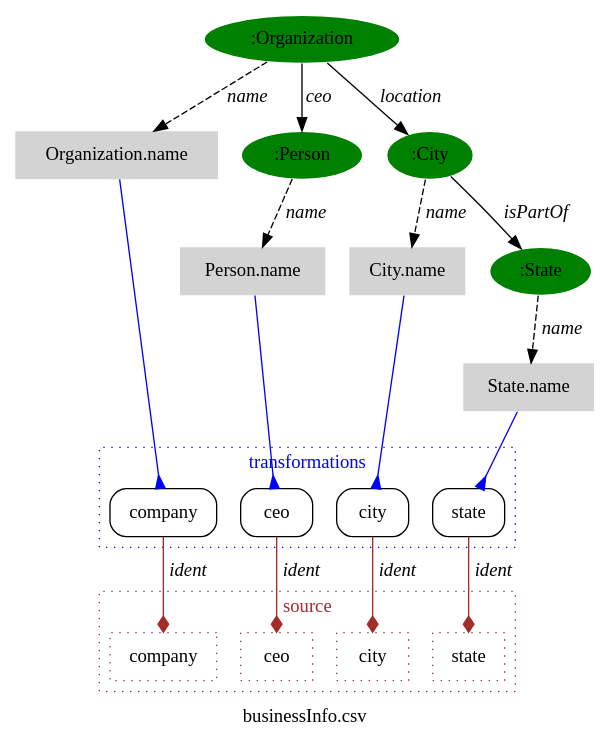
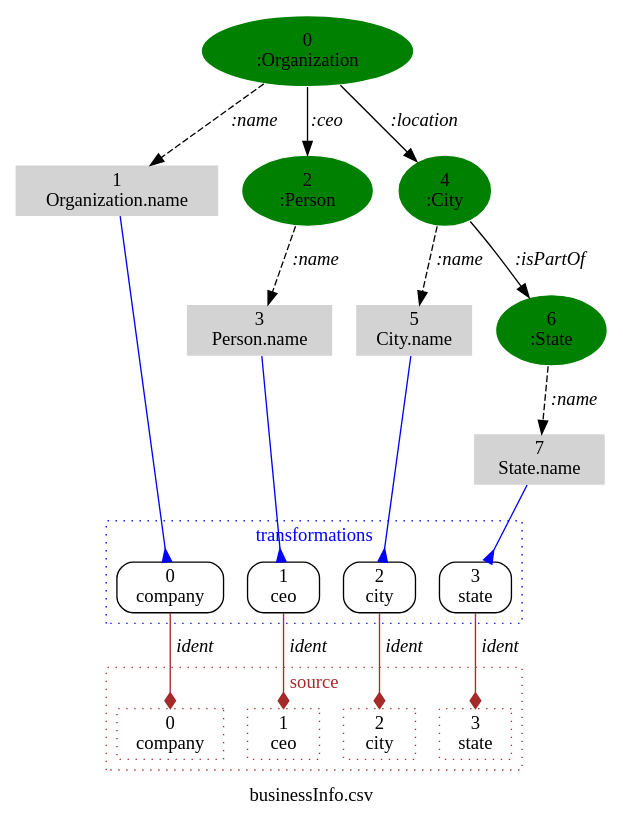
One commit to NICTA/serene-python-client changed the diagram in data/ssd_graphviz/businessInfo.ssd.dot. Above: the diagram before and after it, drawn with Graphviz. The commit also changed 14 other files, not shown here.

```diff
--- a/data/ssd_graphviz/businessInfo.ssd.dot
+++ b/data/ssd_graphviz/businessInfo.ssd.dot
@@ -1,141 +1,157 @@
 digraph  {
 	graph [fontname="times:bold",
 		label="businessInfo.csv",
 		overlap=False,
 		remincross=true,
 		splines=true
 	];
 	node [label="\N"];
 	subgraph cluster1 {
 		graph [color=brown,
 			fontcolor=brown,
 			fontname=times,
 			label=source,
 			rank=same,
 			style=dotted
 		];
 		8		 [color=brown,
-			label=company,
+			label="0
+company",
 			shape=box,
 			style=dotted];
 		9		 [color=brown,
-			label=ceo,
+			label="1
+ceo",
 			shape=box,
 			style=dotted];
 		10		 [color=brown,
-			label=city,
+			label="2
+city",
 			shape=box,
 			style=dotted];
 		11		 [color=brown,
-			label=state,
+			label="3
+state",
 			shape=box,
 			style=dotted];
 	}
 	subgraph cluster2 {
 		graph [color=blue,
 			fontcolor=blue,
 			fontname=times,
 			label=transformations,
 			rank=same,
 			style=dotted
 		];
-		12		 [label=company,
+		12		 [label="0
+company",
 			shape=box,
 			style=rounded];
-		13		 [label=ceo,
+		13		 [label="1
+ceo",
 			shape=box,
 			style=rounded];
-		14		 [label=city,
+		14		 [label="2
+city",
 			shape=box,
 			style=rounded];
-		15		 [label=state,
+		15		 [label="3
+state",
 			shape=box,
 			style=rounded];
 	}
 	0	 [color=white,
 		fillcolor=green,
-		label=":Organization",
+		label="0
+:Organization",
 		shape=ellipse,
 		style=filled];
 	1	 [color=white,
 		fillcolor=lightgrey,
-		label="Organization.name",
+		label="1
+Organization.name",
 		shape=plaintext,
 		style=filled];
 	0 -> 1	 [fontname="times-italic",
-		label=name,
+		label=":name",
 		style=dashed];
 	2	 [color=white,
 		fillcolor=green,
-		label=":Person",
+		label="2
+:Person",
 		shape=ellipse,
 		style=filled];
 	0 -> 2	 [fontname="times-italic",
-		label=ceo];
+		label=":ceo"];
 	4	 [color=white,
 		fillcolor=green,
-		label=":City",
+		label="4
+:City",
 		shape=ellipse,
 		style=filled];
 	0 -> 4	 [fontname="times-italic",
-		label=location];
+		label=":location"];
 	1 -> 12	 [arrowhead=inv,
 		arrowtail=inv,
 		color=blue];
 	3	 [color=white,
 		fillcolor=lightgrey,
-		label="Person.name",
+		label="3
+Person.name",
 		shape=plaintext,
 		style=filled];
 	2 -> 3	 [fontname="times-italic",
-		label=name,
+		label=":name",
 		style=dashed];
 	3 -> 13	 [arrowhead=inv,
 		arrowtail=inv,
 		color=blue];
 	5	 [color=white,
 		fillcolor=lightgrey,
-		label="City.name",
+		label="5
+City.name",
 		shape=plaintext,
 		style=filled];
 	4 -> 5	 [fontname="times-italic",
-		label=name,
+		label=":name",
 		style=dashed];
 	6	 [color=white,
 		fillcolor=green,
-		label=":State",
+		label="6
+:State",
 		shape=ellipse,
 		style=filled];
 	4 -> 6	 [fontname="times-italic",
-		label=isPartOf];
+		label=":isPartOf"];
 	5 -> 14	 [arrowhead=inv,
 		arrowtail=inv,
 		color=blue];
 	7	 [color=white,
 		fillcolor=lightgrey,
-		label="State.name",
+		label="7
+State.name",
 		shape=plaintext,
 		style=filled];
 	6 -> 7	 [fontname="times-italic",
-		label=name,
+		label=":name",
 		style=dashed];
 	7 -> 15	 [arrowhead=inv,
 		arrowtail=inv,
 		color=blue];
 	12 -> 8	 [arrowhead=diamond,
 		color=brown,
 		fontname="times-italic",
 		label=ident];
 	13 -> 9	 [arrowhead=diamond,
 		color=brown,
 		fontname="times-italic",
 		label=ident];
 	14 -> 10	 [arrowhead=diamond,
 		color=brown,
 		fontname="times-italic",
 		label=ident];
 	15 -> 11	 [arrowhead=diamond,
 		color=brown,
 		fontname="times-italic",
 		label=ident];
 }
```
